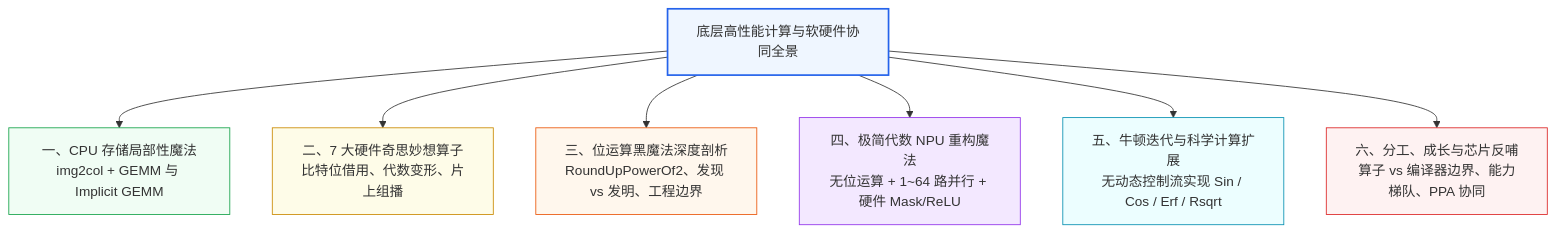
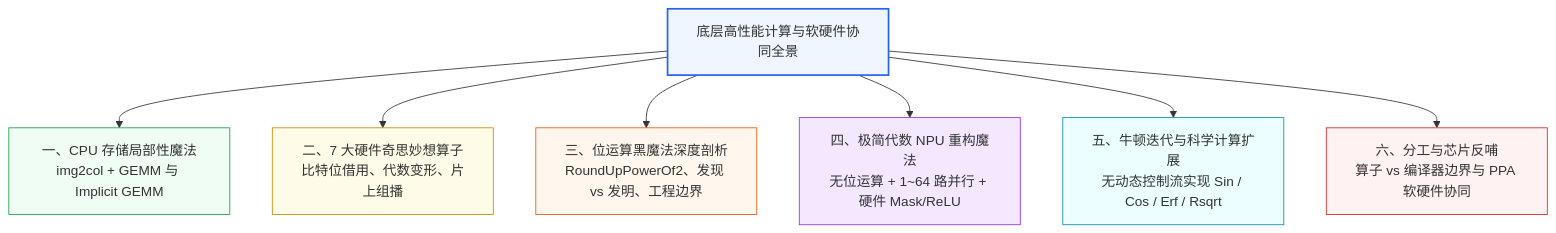
Before and after one commit to hqu-little-boy/blog: the first of 8 diagrams in src/content/posts/cpu-npu-operator-optimization-bithacks-numerical-codesign-guide.md, drawn with Mermaid. The commit also changed other lines of this file, not shown here.

````diff
--- a/src/content/posts/cpu-npu-operator-optimization-bithacks-numerical-codesign-guide.md
+++ b/src/content/posts/cpu-npu-operator-optimization-bithacks-numerical-codesign-guide.md
@@ -55,17 +55,17 @@
 ```mermaid
 flowchart TD
     Root["底层高性能计算与软硬件协同全景"] --> P1["一、CPU 存储局部性魔法<br/>img2col + GEMM 与 Implicit GEMM"]
     Root --> P2["二、7 大硬件奇思妙想算子<br/>比特位借用、代数变形、片上组播"]
     Root --> P3["三、位运算黑魔法深度剖析<br/>RoundUpPowerOf2、发现 vs 发明、工程边界"]
     Root --> P4["四、极简代数 NPU 重构魔法<br/>无位运算 + 1~64 路并行 + 硬件 Mask/ReLU"]
     Root --> P5["五、牛顿迭代与科学计算扩展<br/>无动态控制流实现 Sin / Cos / Erf / Rsqrt"]
-    Root --> P6["六、分工、成长与芯片反哺<br/>算子 vs 编译器边界、能力梯队、PPA 协同"]
+    Root --> P6["六、分工与芯片反哺<br/>算子 vs 编译器边界与 PPA 软硬件协同"]
 
     style Root fill:#eff6ff,stroke:#2563eb,stroke-width:2px
     style P1 fill:#f0fdf4,stroke:#16a34a
     style P2 fill:#fefce8,stroke:#ca8a04
     style P3 fill:#fff7ed,stroke:#ea580c
     style P4 fill:#f3e8ff,stroke:#9333ea
     style P5 fill:#ecfeff,stroke:#0891b2
     style P6 fill:#fef2f2,stroke:#dc2626
 ```
````
